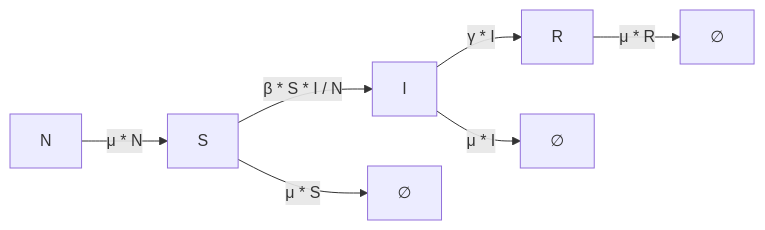
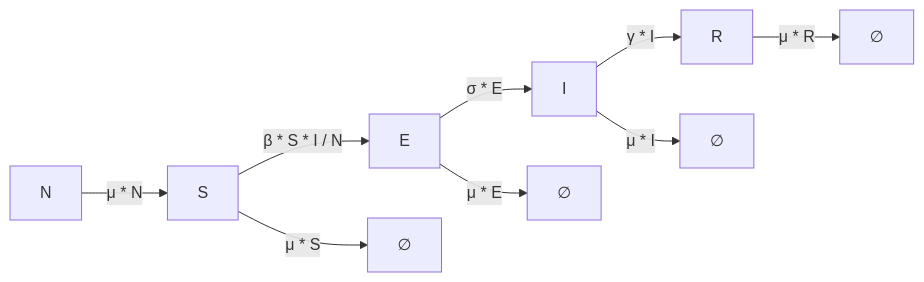
The diagram in docs/models/seir.md (dsih-artpark/infectious-disease-models), drawn with Mermaid before and after one commit. The commit also changed other lines of this file and 1 other file, not shown here.

````diff
--- a/docs/models/seir.md
+++ b/docs/models/seir.md
@@ -15,9 +15,11 @@
 ```mermaid
 flowchart LR
-    S -->|"β * S * I / N"| I
+    S -->|"β * S * I / N"| E
+    E -->|"σ * E"| I
     I -->|"γ * I"| R
     N -->|"μ * N"| S
     S -->|"μ * S"| X1[∅]
-    I -->|"μ * I"| X2[∅]
-    R -->|"μ * R"| X3[∅]
+    E -->|"μ * E"| X2[∅]
+    I -->|"μ * I"| X3[∅]
+    R -->|"μ * R"| X4[∅]
 ```
````
